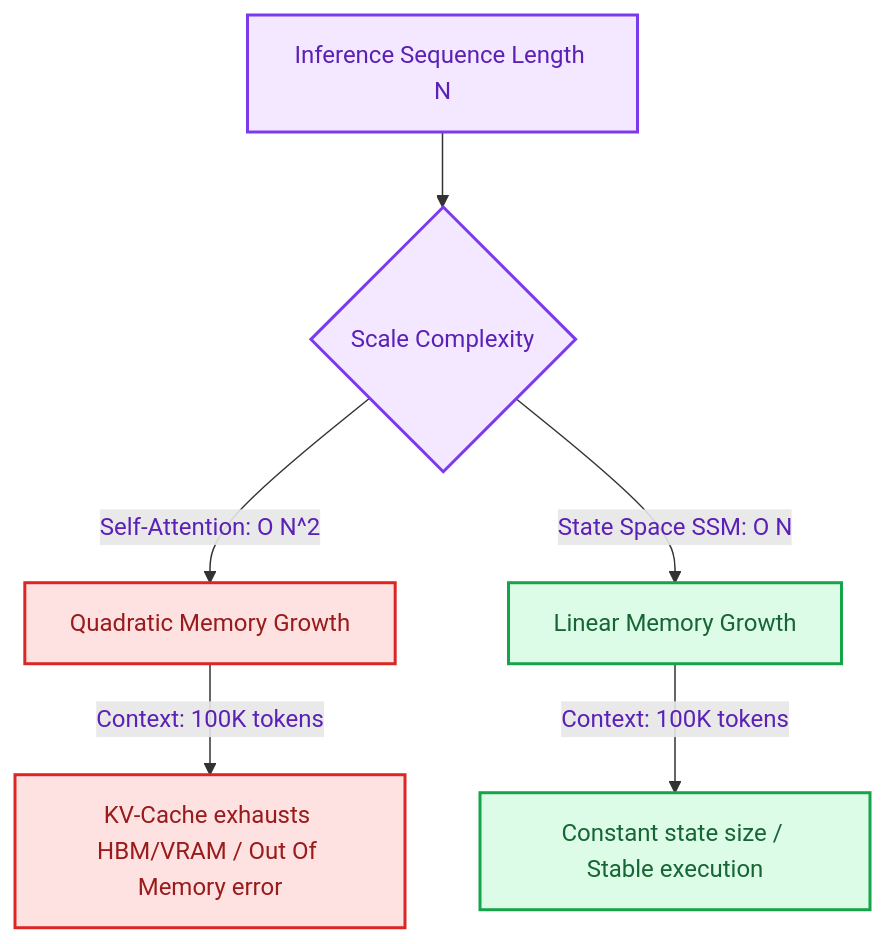
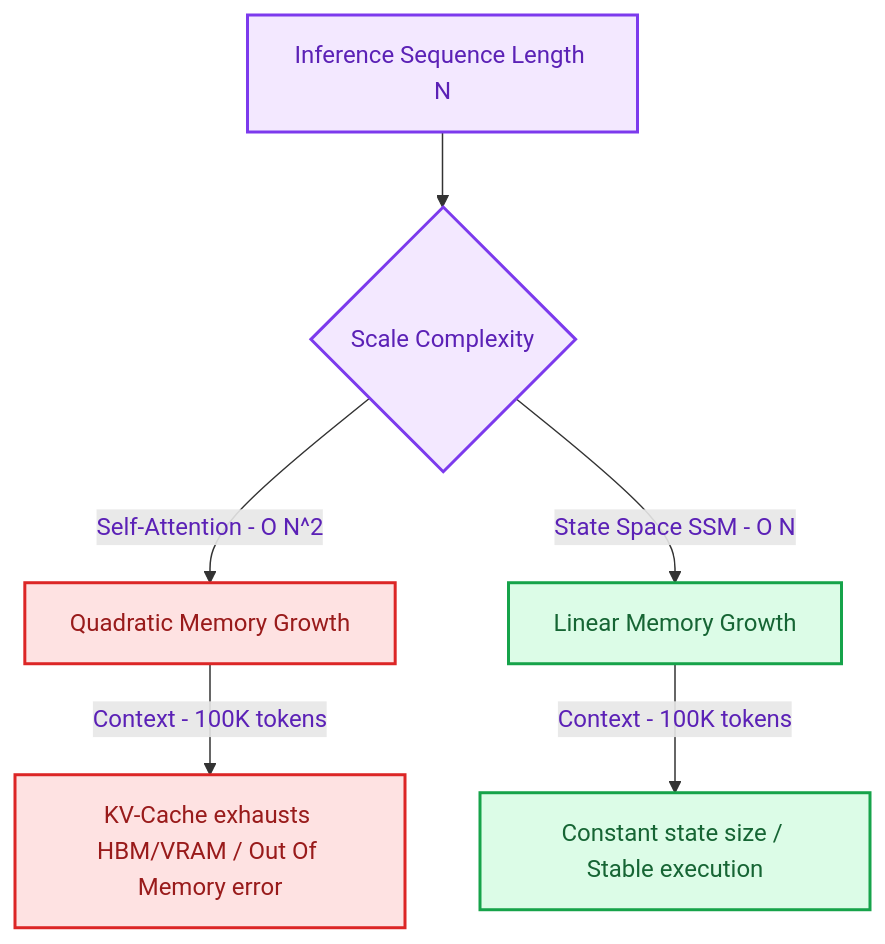
Before and after one commit to akmalkhaniub/akmalkhaniub.github.io: the diagram in blog/posts/ssms-vs-transformers-attention-bottlenecks.md, drawn with Mermaid. The commit also changed 411 other files, not shown here.

````diff
--- a/blog/posts/ssms-vs-transformers-attention-bottlenecks.md
+++ b/blog/posts/ssms-vs-transformers-attention-bottlenecks.md
@@ -24,19 +24,19 @@
 ```mermaid
-graph TD
+flowchart TD
     classDef check fill:#e0f2fe,stroke:#0284c7,stroke-width:2px,color:#0369a1;
     classDef linear fill:#dcfce7,stroke:#16a34a,stroke-width:2px,color:#166534;
     classDef quad fill:#fee2e2,stroke:#dc2626,stroke-width:2px,color:#991b1b;
     classDef label fill:#f3e8ff,stroke:#7c3aed,stroke-width:2px,color:#5b21b6;
 
     Start[Inference Sequence Length N] --> ScaleType{Scale Complexity}
     
-    ScaleType -->|Self-Attention: O N^2| PathQuad[Quadratic Memory Growth]
-    ScaleType -->|State Space SSM: O N| PathLinear[Linear Memory Growth]
+    ScaleType -->|Self-Attention - O N^2| PathQuad[Quadratic Memory Growth]
+    ScaleType -->|State Space SSM - O N| PathLinear[Linear Memory Growth]
     
-    PathQuad -->|Context: 100K tokens| HBM_Crash[KV-Cache exhausts HBM/VRAM / Out Of Memory error]
-    PathLinear -->|Context: 100K tokens| LowVRAM[Constant state size / Stable execution]
+    PathQuad -->|Context - 100K tokens| HBM_Crash[KV-Cache exhausts HBM/VRAM / Out Of Memory error]
+    PathLinear -->|Context - 100K tokens| LowVRAM[Constant state size / Stable execution]
 
     class Start,ScaleType label;
     class PathLinear,LowVRAM linear;
     class PathQuad,HBM_Crash quad;
 ```
````
